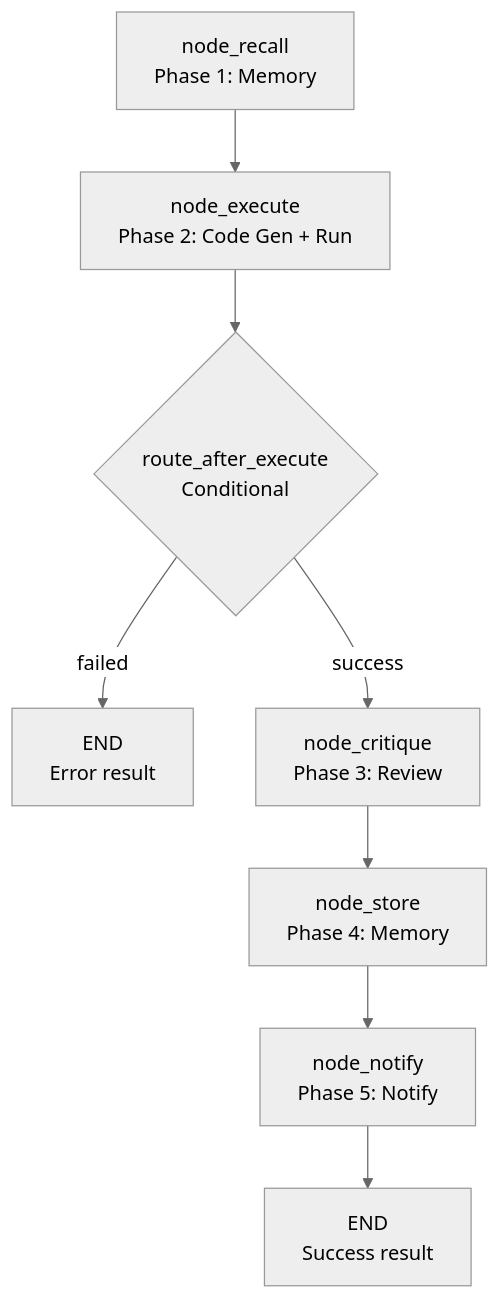
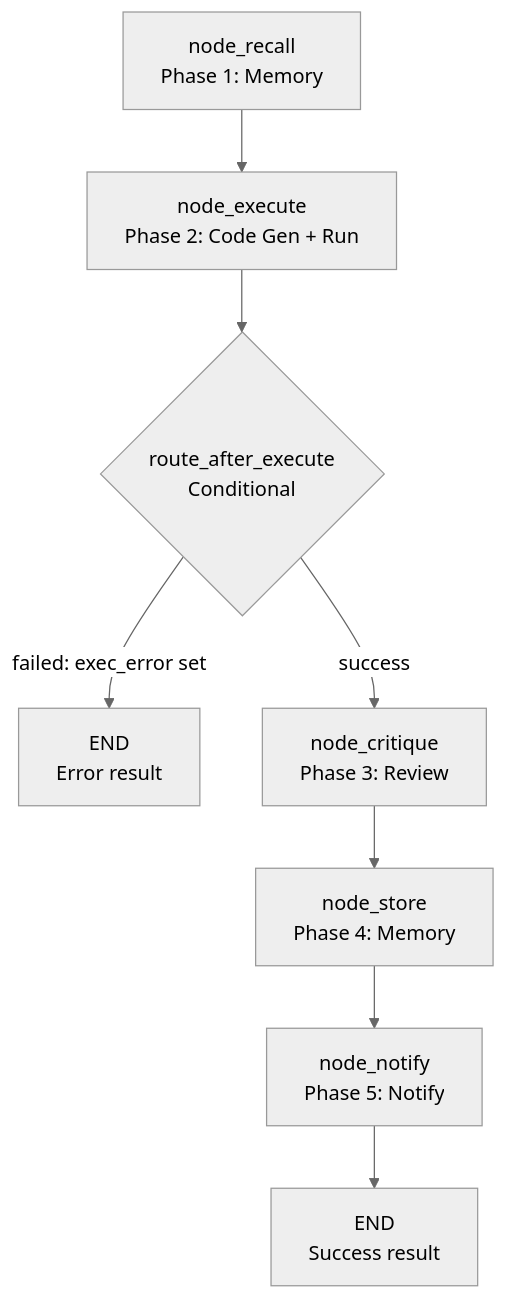
One commit to brunogcar/agent changed the diagram in docs/workflows/data/ARCHITECTURE.md. Above: the diagram before and after it, drawn with Mermaid (neutral theme). The commit also changed other lines of this file and 27 other files, not shown here.

````diff
--- a/docs/workflows/data/ARCHITECTURE.md
+++ b/docs/workflows/data/ARCHITECTURE.md
@@ -39,10 +49,10 @@
 ```mermaid
 graph TD
     A["node_recall<br/>Phase 1: Memory"] --> B["node_execute<br/>Phase 2: Code Gen + Run"]
     B --> C{"route_after_execute<br/>Conditional"}
-    C -->|failed| D["END<br/>Error result"]
+    C -->|failed: exec_error set| D["END<br/>Error result"]
     C -->|success| E["node_critique<br/>Phase 3: Review"]
     E --> F["node_store<br/>Phase 4: Memory"]
     F --> G["node_notify<br/>Phase 5: Notify"]
     G --> H["END<br/>Success result"]
 ```
````
